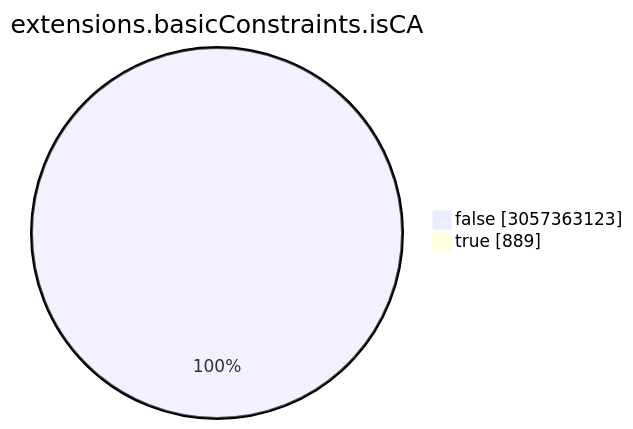
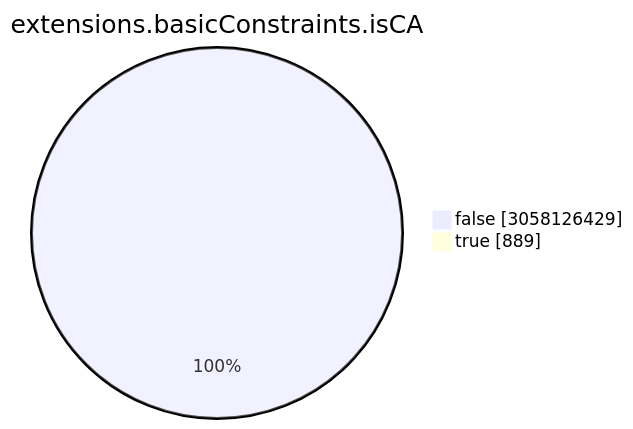
Before and after one commit to christiankrug/ctmonitor_visualization: the seventh of 15 diagrams in TOTAL/README.md, drawn with Mermaid. The commit also changed other lines of this file, not shown here.

````diff
--- a/TOTAL/README.md
+++ b/TOTAL/README.md
@@ -3086,6 +3086,6 @@
 ```mermaid
 pie showData
 title extensions.basicConstraints.isCA
-"false" :3057363123
+"false" :3058126429
 "true" :889
 ```
````
